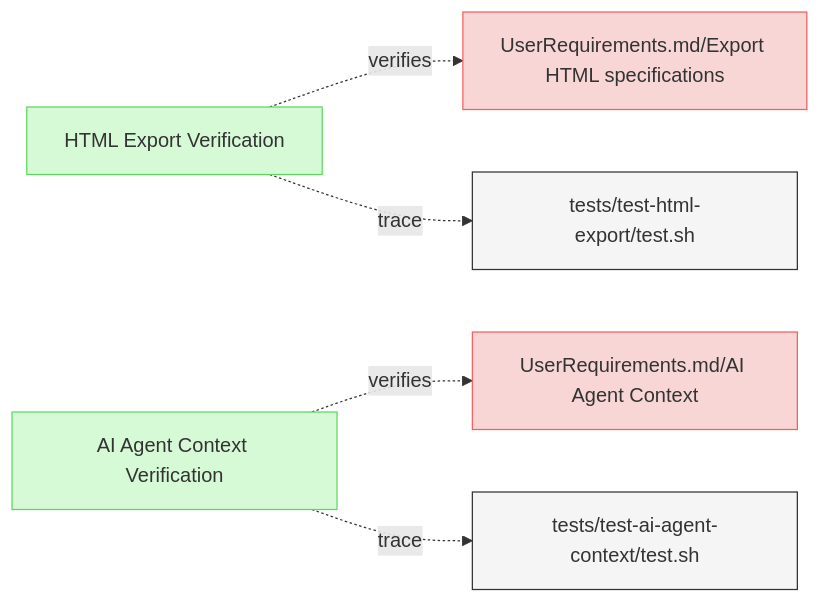
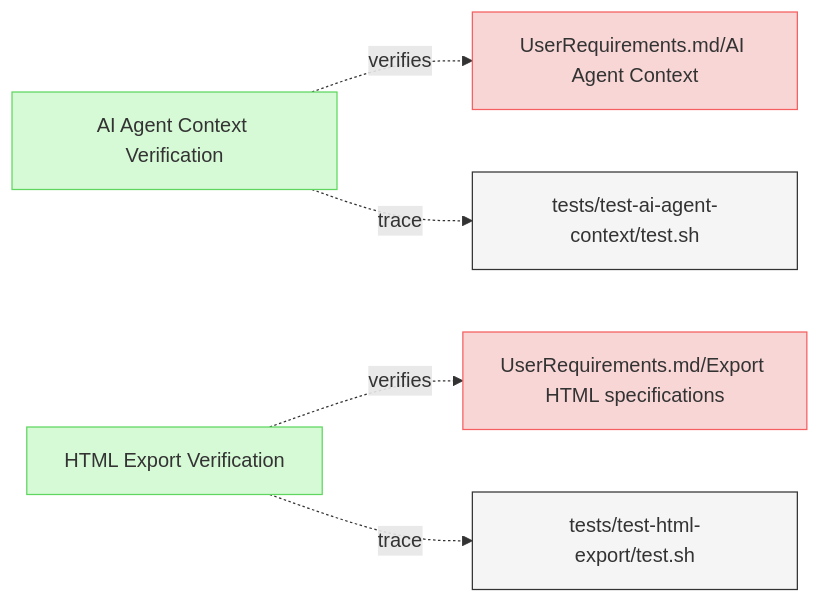
The diagram in specifications/Verifications/Misc.md (reqvire-org/reqvire), drawn with Mermaid before and after one commit. The commit also changed other lines of this file and 160 other files, not shown here.

````diff
--- a/specifications/Verifications/Misc.md
+++ b/specifications/Verifications/Misc.md
@@ -6,31 +6,31 @@
 ```mermaid
 graph LR;
   %% Graph styling
   classDef requirement fill:#f9d6d6,stroke:#f55f5f,stroke-width:1px;
   classDef verification fill:#d6f9d6,stroke:#5fd75f,stroke-width:1px;
   classDef externalLink fill:#d0e0ff,stroke:#3080ff,stroke-width:1px;
   classDef default fill:#f5f5f5,stroke:#333333,stroke-width:1px;
 
-  b1cb63b72528e5f2["HTML Export Verification"];
-  click b1cb63b72528e5f2 "https://github.com/ilijaljubicic/ReqFlow/blob/73d5ae1d93adea71fdf4cc508be4d1ae09be068f/specifications/Verifications/Misc.md#html-export-verification";
-  class b1cb63b72528e5f2 verification;
-  6a4b7e96941effda["UserRequirements.md/Export HTML specifications"];
-  class 6a4b7e96941effda requirement;
-  click 6a4b7e96941effda "https://github.com/ilijaljubicic/ReqFlow/blob/73d5ae1d93adea71fdf4cc508be4d1ae09be068f/specifications/UserRequirements.md#export-html-specifications";
-  b1cb63b72528e5f2 -.->|verifies| 6a4b7e96941effda;
-  bd90e2ed1f873c0b["tests/test-html-export/test.sh"];
-  class bd90e2ed1f873c0b default;
-  click bd90e2ed1f873c0b "https://github.com/ilijaljubicic/ReqFlow/blob/73d5ae1d93adea71fdf4cc508be4d1ae09be068f/tests/test-html-export/test.sh";
-  b1cb63b72528e5f2 -.->|trace| bd90e2ed1f873c0b;
-  b3995a86d18690c5["AI Agent Context Verification"];
-  click b3995a86d18690c5 "https://github.com/ilijaljubicic/ReqFlow/blob/73d5ae1d93adea71fdf4cc508be4d1ae09be068f/specifications/Verifications/Misc.md#ai-agent-context-verification";
-  class b3995a86d18690c5 verification;
-  b1d0919d0418c0f1["UserRequirements.md/AI Agent Context"];
-  class b1d0919d0418c0f1 requirement;
-  click b1d0919d0418c0f1 "https://github.com/ilijaljubicic/ReqFlow/blob/73d5ae1d93adea71fdf4cc508be4d1ae09be068f/specifications/UserRequirements.md#ai-agent-context";
-  b3995a86d18690c5 -.->|verifies| b1d0919d0418c0f1;
-  19ba38e68e9e3127["tests/test-ai-agent-context/test.sh"];
-  class 19ba38e68e9e3127 default;
-  click 19ba38e68e9e3127 "https://github.com/ilijaljubicic/ReqFlow/blob/73d5ae1d93adea71fdf4cc508be4d1ae09be068f/tests/test-ai-agent-context/test.sh";
-  b3995a86d18690c5 -.->|trace| 19ba38e68e9e3127;
+  8d1839785fa3e85f["AI Agent Context Verification"];
+  click 8d1839785fa3e85f "https://github.com/ilijaljubicic/Reqvire/blob/8a68ca1eab81bac7964085e47777a0a92447c6a5/specifications/Verifications/Misc.md#ai-agent-context-verification";
+  class 8d1839785fa3e85f verification;
+  c5fffc3cd9f22134["UserRequirements.md/AI Agent Context"];
+  class c5fffc3cd9f22134 requirement;
+  click c5fffc3cd9f22134 "https://github.com/ilijaljubicic/Reqvire/blob/8a68ca1eab81bac7964085e47777a0a92447c6a5/specifications/UserRequirements.md#ai-agent-context";
+  8d1839785fa3e85f -.->|verifies| c5fffc3cd9f22134;
+  79f1e8bcdc9255fb["tests/test-ai-agent-context/test.sh"];
+  class 79f1e8bcdc9255fb default;
+  click 79f1e8bcdc9255fb "https://github.com/ilijaljubicic/Reqvire/blob/8a68ca1eab81bac7964085e47777a0a92447c6a5/tests/test-ai-agent-context/test.sh";
+  8d1839785fa3e85f -.->|trace| 79f1e8bcdc9255fb;
+  bc50e797577ffd51["HTML Export Verification"];
+  click bc50e797577ffd51 "https://github.com/ilijaljubicic/Reqvire/blob/8a68ca1eab81bac7964085e47777a0a92447c6a5/specifications/Verifications/Misc.md#html-export-verification";
+  class bc50e797577ffd51 verification;
+  6424b4fd0b132482["UserRequirements.md/Export HTML specifications"];
+  class 6424b4fd0b132482 requirement;
+  click 6424b4fd0b132482 "https://github.com/ilijaljubicic/Reqvire/blob/8a68ca1eab81bac7964085e47777a0a92447c6a5/specifications/UserRequirements.md#export-html-specifications";
+  bc50e797577ffd51 -.->|verifies| 6424b4fd0b132482;
+  82700fdf287e5702["tests/test-html-export/test.sh"];
+  class 82700fdf287e5702 default;
+  click 82700fdf287e5702 "https://github.com/ilijaljubicic/Reqvire/blob/8a68ca1eab81bac7964085e47777a0a92447c6a5/tests/test-html-export/test.sh";
+  bc50e797577ffd51 -.->|trace| 82700fdf287e5702;
 ```
````
